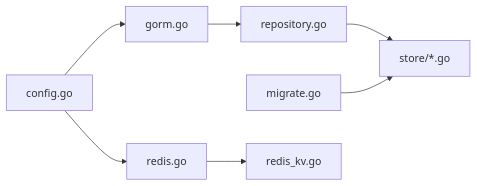
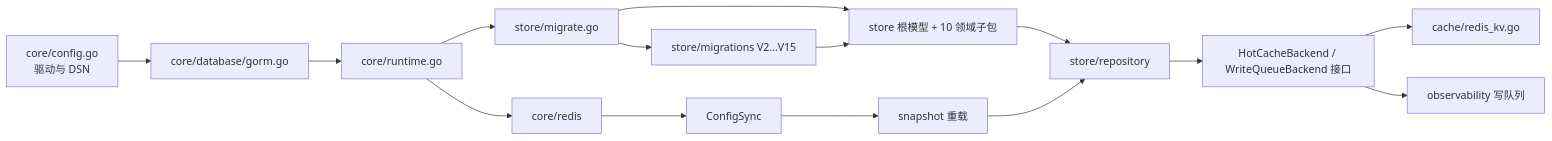
Before and after one commit to x01n/My-OpenWaf: the fifth of 6 diagrams in docs/数据存储层/数据存储层.md, drawn with Mermaid. The commit also changed other lines of this file and 622 other files, not shown here.

````diff
--- a/docs/数据存储层/数据存储层.md
+++ b/docs/数据存储层/数据存储层.md
@@ -509,9 +539,17 @@
 ```mermaid
 graph LR
-CFG["config.go"] --> DBF["gorm.go"]
-CFG --> RCFG["redis.go"]
-DBF --> REPOS["repository.go"]
-REPOS --> MODELS["store/*.go"]
-MIG["migrate.go"] --> MODELS
-RCFG --> RKV["redis_kv.go"]
+CFG["core/config.go<br/>驱动与 DSN"] --> DBF["core/database/gorm.go"]
+DBF --> RT["core/runtime.go"]
+RT --> MIG["store/migrate.go"]
+MIG --> MODELS["store 根模型 + 10 领域子包"]
+MIG --> MV["store/migrations V2…V15"]
+MODELS --> REPOS["store/repository"]
+MV --> MODELS
+REPOS --> IF["HotCacheBackend / WriteQueueBackend 接口"]
+IF --> CACHE["cache/redis_kv.go"]
+IF --> OBS["observability 写队列"]
+RT --> RCLI["core/redis"]
+RCLI --> PUB["ConfigSync"]
+PUB --> SNAPS["snapshot 重载"]
+SNAPS --> REPOS
 ```
````
